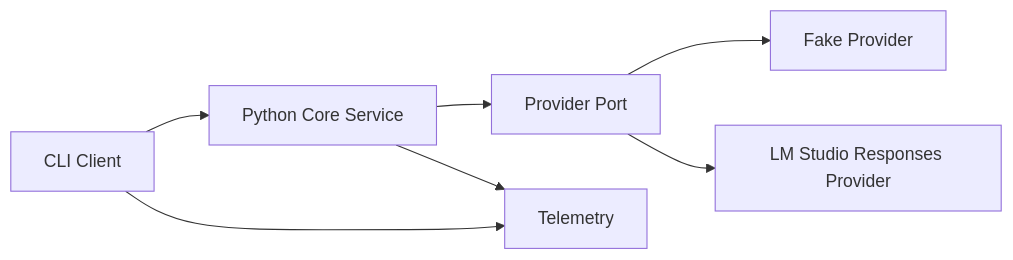
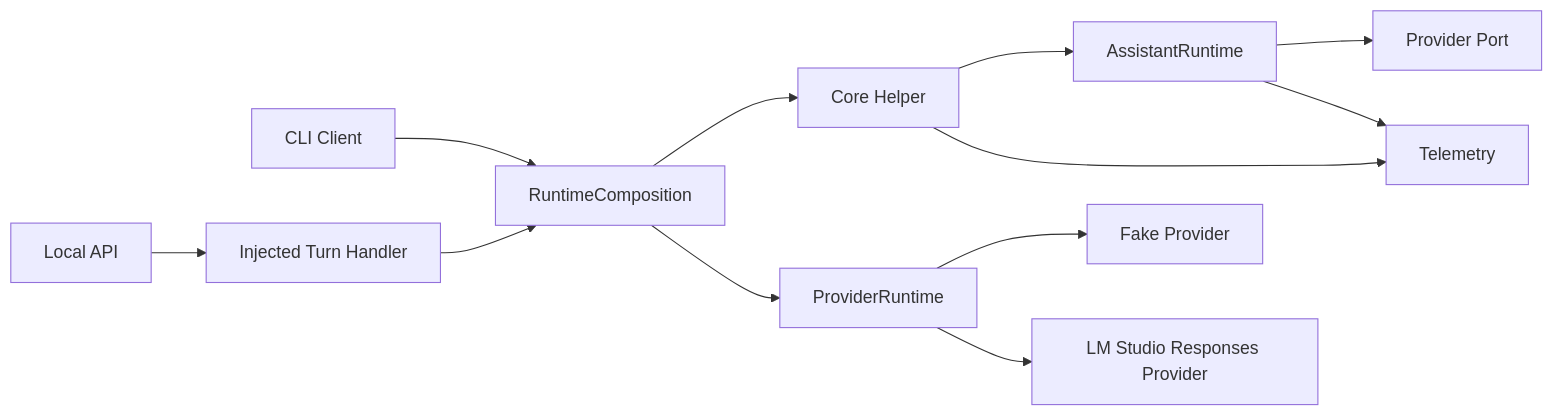
The diagram in docs/diagrams/system-overview.md (xRetr00/Marvex), drawn with Mermaid before and after one commit. The commit also changed other lines of this file and 12 other files, not shown here.

Commit message:
docs: decide local api trace exposure

````diff
--- a/docs/diagrams/system-overview.md
+++ b/docs/diagrams/system-overview.md
@@ -3,9 +3,14 @@
 ```mermaid
 flowchart LR
-  CLI["CLI Client"] --> Core["Python Core Service"]
-  Core --> ProviderPort["Provider Port"]
-  ProviderPort --> FakeProvider["Fake Provider"]
-  ProviderPort --> LMStudio["LM Studio Responses Provider"]
-  Core --> Telemetry["Telemetry"]
-  CLI --> Telemetry
+  CLI["CLI Client"] --> RuntimeComposition["RuntimeComposition"]
+  LocalAPI["Local API"] --> InjectedHandler["Injected Turn Handler"]
+  InjectedHandler --> RuntimeComposition
+  RuntimeComposition --> Core["Core Helper"]
+  RuntimeComposition --> ProviderRuntime["ProviderRuntime"]
+  Core --> AssistantRuntime["AssistantRuntime"]
+  AssistantRuntime --> ProviderPort["Provider Port"]
+  ProviderRuntime --> FakeProvider["Fake Provider"]
+  ProviderRuntime --> LMStudio["LM Studio Responses Provider"]
+  AssistantRuntime --> Telemetry["Telemetry"]
+  Core --> Telemetry
 ```
````
